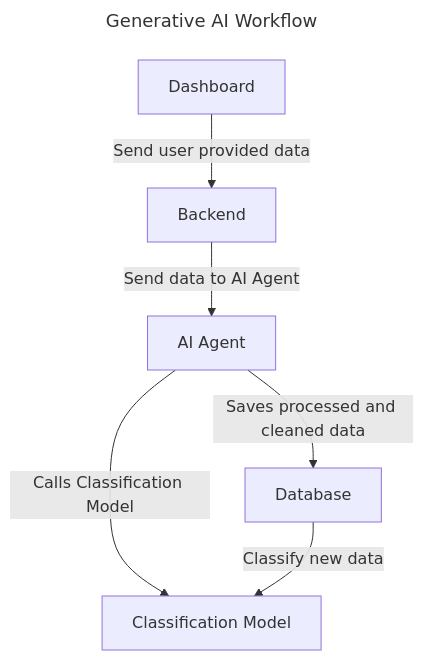
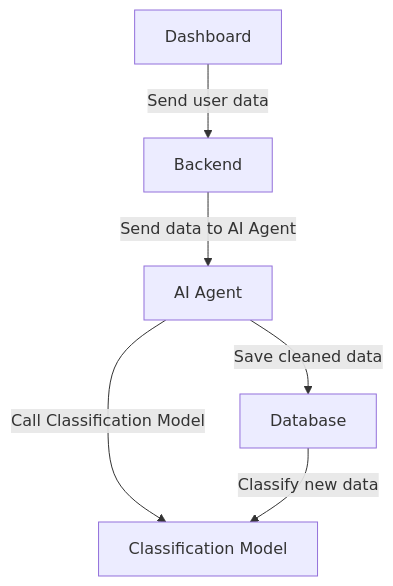
One commit to SDCVO/ai-agent-oil-analysis changed the second of 2 diagrams in README.md. Above: the diagram before and after it, drawn with Mermaid. The commit also changed other lines of this file and 5 other files, not shown here.

````diff
--- a/README.md
+++ b/README.md
@@ -38,18 +58,15 @@
-```mermaid	
----
-title: Generative AI Workflow
----
+```mermaid
 flowchart TB
     A[Dashboard] 
     B[Backend]
     C[Classification Model]
     D[Database]
     E[AI Agent]
 
-    A -- Send user provided data --> B
+    A -- Send user data --> B
     B -- Send data to AI Agent --> E
-    E -- Saves processed and cleaned data --> D
-    E -- Calls Classification Model --> C
+    E -- Save cleaned data --> D
+    E -- Call Classification Model --> C
 
-    D --Classify new data--> C
+    D -- Classify new data --> C
 ```
````
